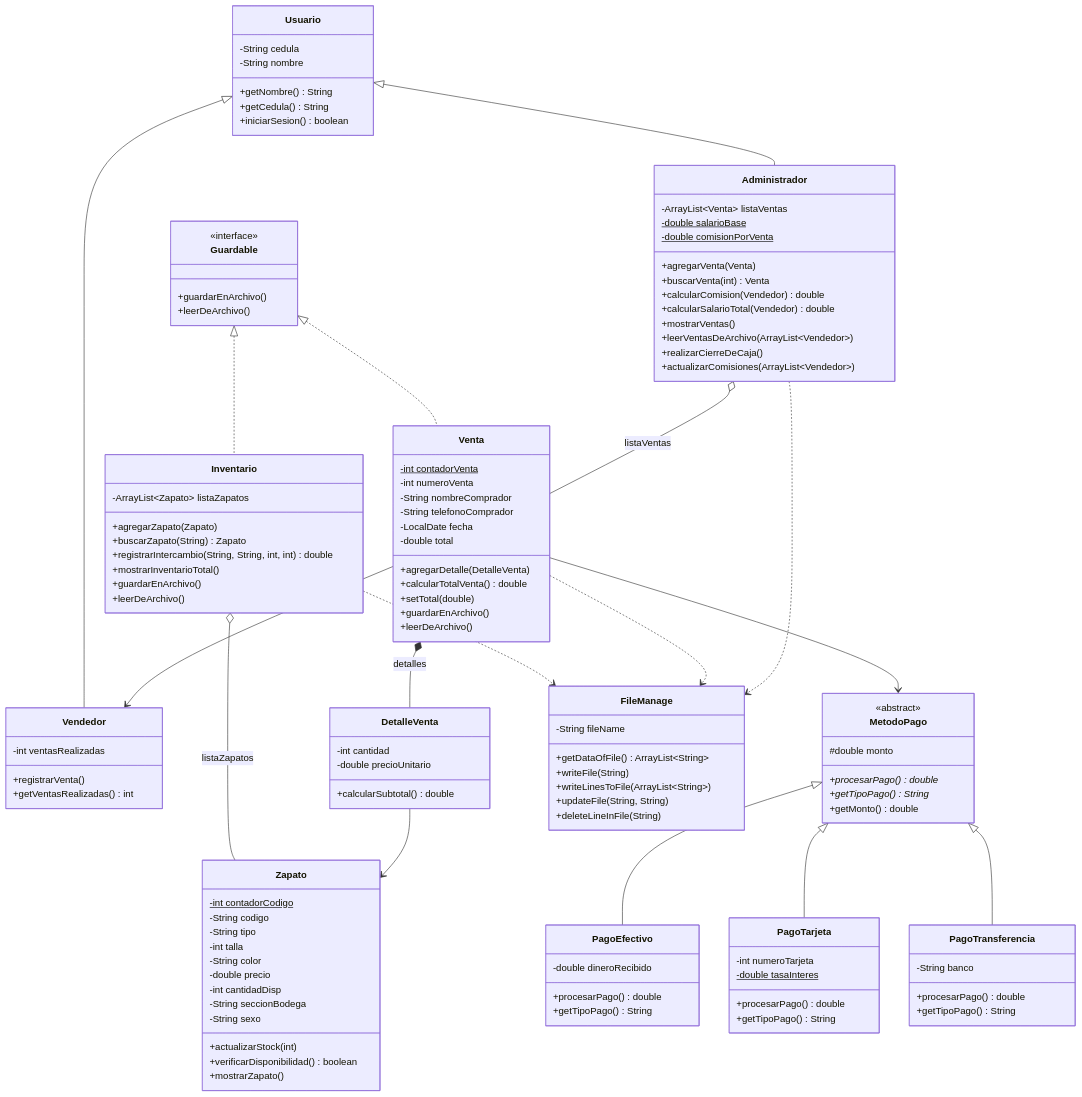
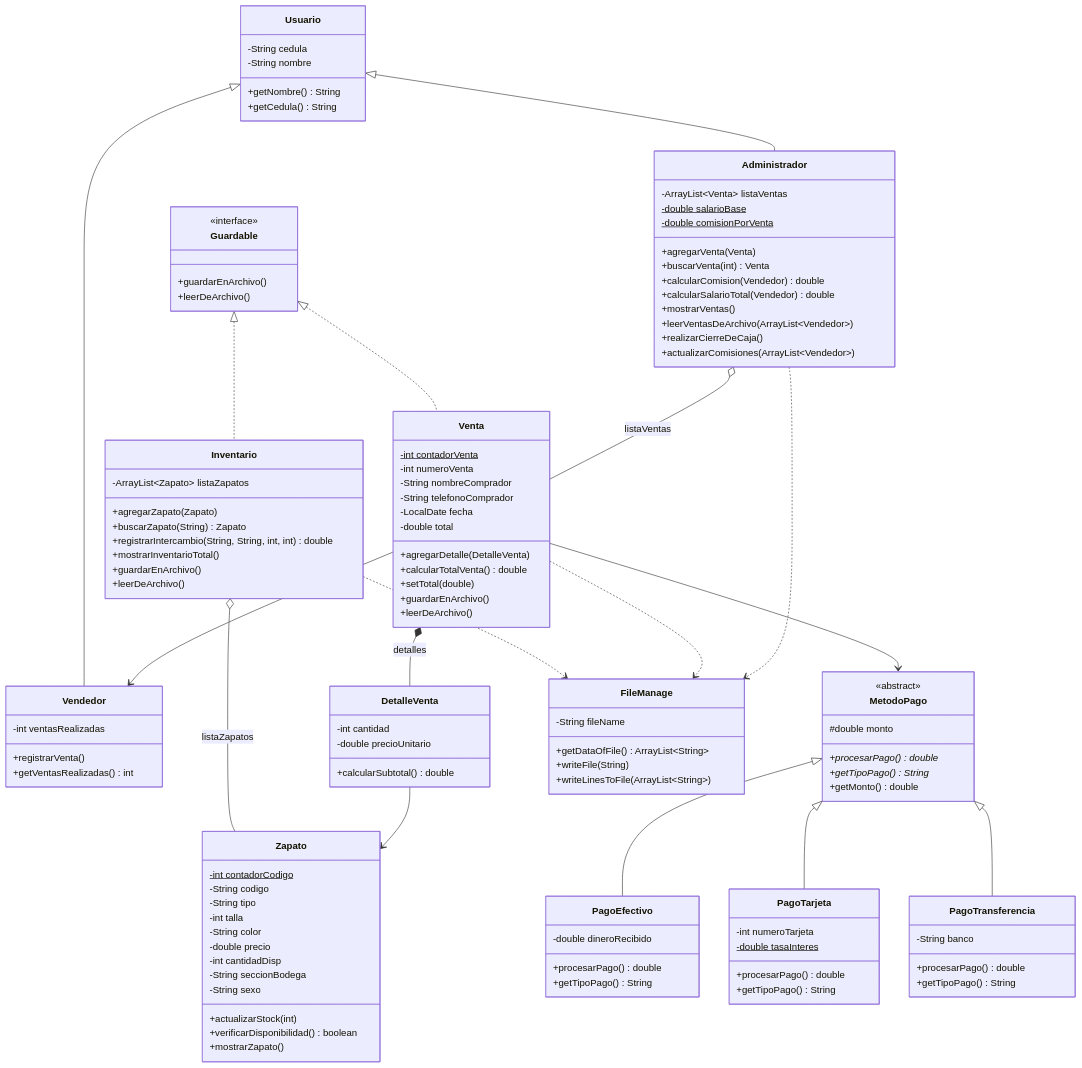
Before and after one commit to Andrespe28/proyecto-integrador: the diagram in README.md, drawn with Mermaid. The commit also changed other lines of this file, not shown here.

```diff
--- a/README.md
+++ b/README.md
@@ -282,7 +281,6 @@
         -String nombre
         +getNombre() String
         +getCedula() String
-        +iniciarSesion() boolean
     }
 
     class Vendedor {
@@ -382,8 +380,6 @@
         +getDataOfFile() ArrayList~String~
         +writeFile(String)
         +writeLinesToFile(ArrayList~String~)
-        +updateFile(String, String)
-        +deleteLineInFile(String)
     }
 
     Usuario <|-- Vendedor
```
